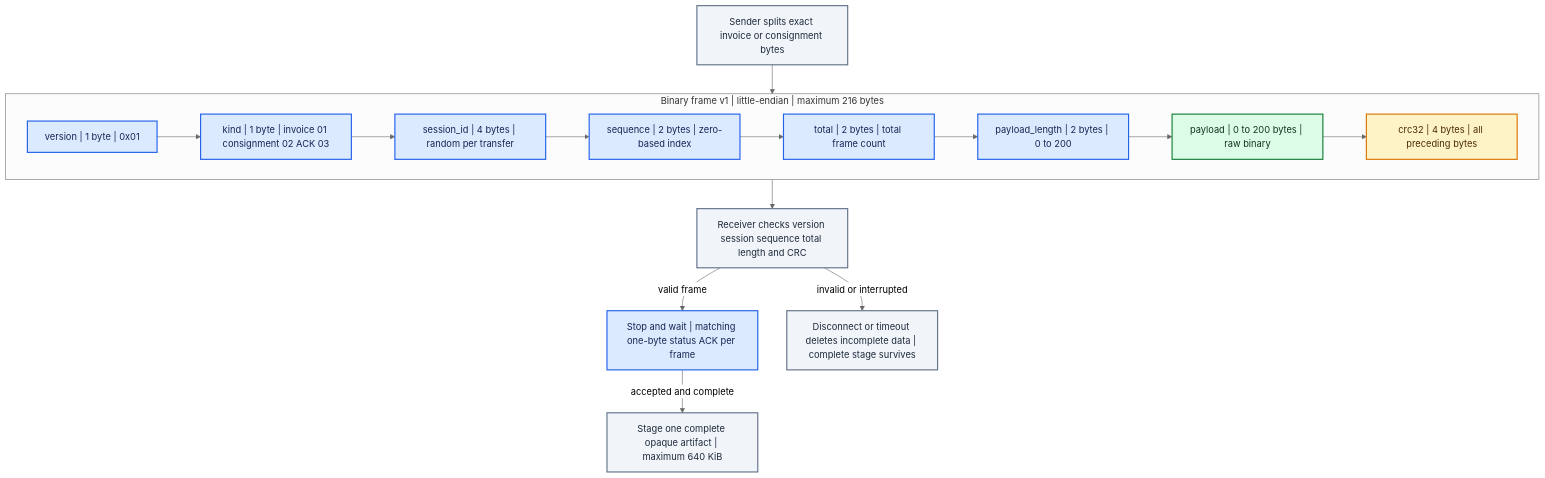
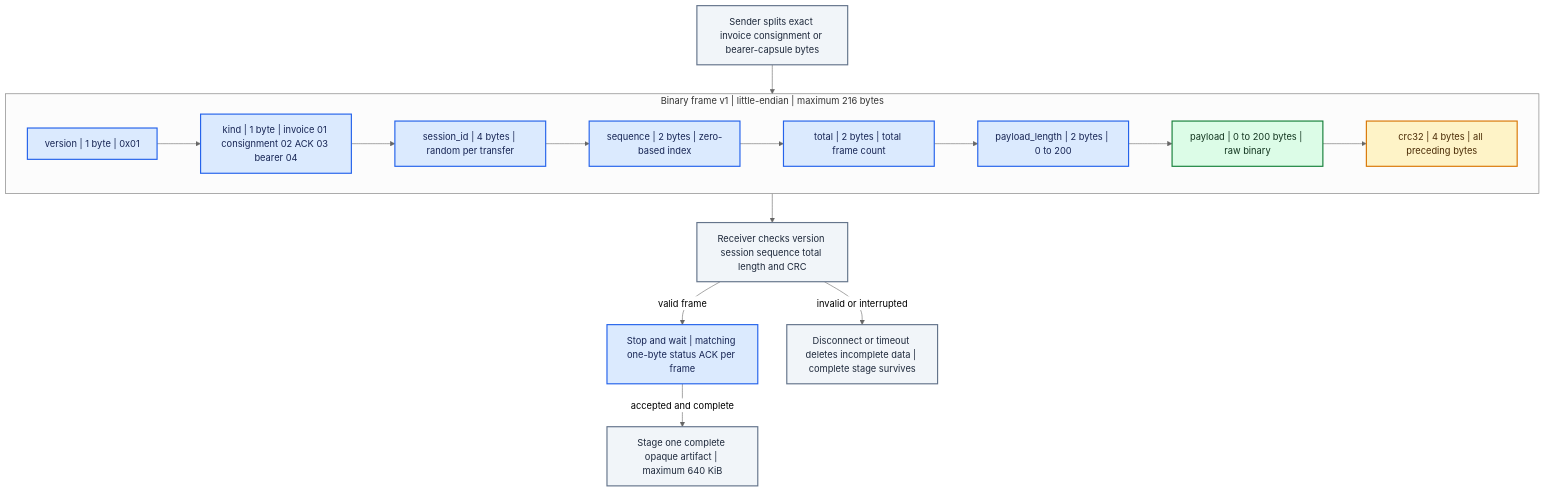
The diagram in docs/diagrams/src/06-chunk-frame.mmd (EdwinKestler/bill), drawn with Mermaid (neutral theme) before and after one commit. The commit also changed 76 other files, not shown here.

```diff
--- a/docs/diagrams/src/06-chunk-frame.mmd
+++ b/docs/diagrams/src/06-chunk-frame.mmd
@@ -1,31 +1,31 @@
 flowchart TB
     classDef header fill:#dbeafe,stroke:#2563eb,color:#172554,stroke-width:2px
     classDef payload fill:#dcfce7,stroke:#16803a,color:#12351f,stroke-width:2px
     classDef checksum fill:#fef3c7,stroke:#d97706,color:#4a2b05,stroke-width:2px
     classDef rule fill:#f1f5f9,stroke:#64748b,color:#1e293b,stroke-width:2px
 
-    build["Sender splits exact invoice or consignment bytes"]:::rule
+    build["Sender splits exact invoice consignment or bearer-capsule bytes"]:::rule
 
     subgraph frame["Binary frame v1 | little-endian | maximum 216 bytes"]
         direction LR
         version["version | 1 byte | 0x01"]:::header
-        kind["kind | 1 byte | invoice 01 consignment 02 ACK 03"]:::header
+        kind["kind | 1 byte | invoice 01 consignment 02 ACK 03 bearer 04"]:::header
         session["session_id | 4 bytes | random per transfer"]:::header
         sequence["sequence | 2 bytes | zero-based index"]:::header
         total["total | 2 bytes | total frame count"]:::header
         length["payload_length | 2 bytes | 0 to 200"]:::header
         data["payload | 0 to 200 bytes | raw binary"]:::payload
         crc["crc32 | 4 bytes | all preceding bytes"]:::checksum
         version --> kind --> session --> sequence --> total --> length --> data --> crc
     end
 
     validate["Receiver checks version session sequence total length and CRC"]:::rule
     ack["Stop and wait | matching one-byte status ACK per frame"]:::header
     reassemble["Stage one complete opaque artifact | maximum 640 KiB"]:::rule
     discard["Disconnect or timeout deletes incomplete data | complete stage survives"]:::rule
 
     build --> frame
     frame --> validate
     validate -->|"valid frame"| ack
     ack -->|"accepted and complete"| reassemble
     validate -->|"invalid or interrupted"| discard
```
